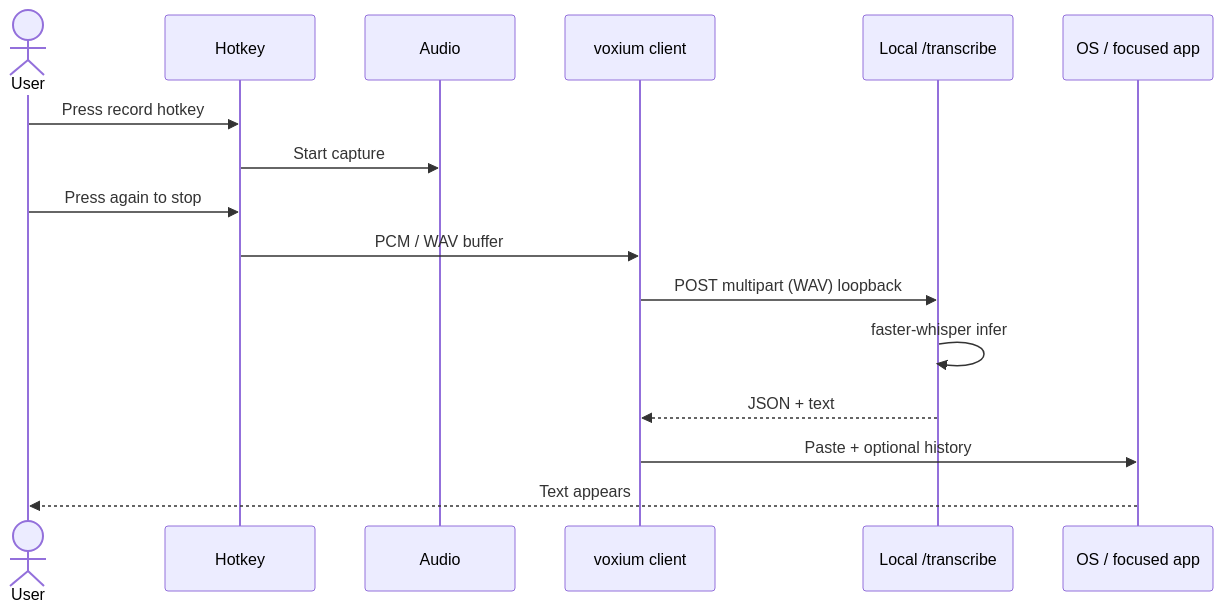
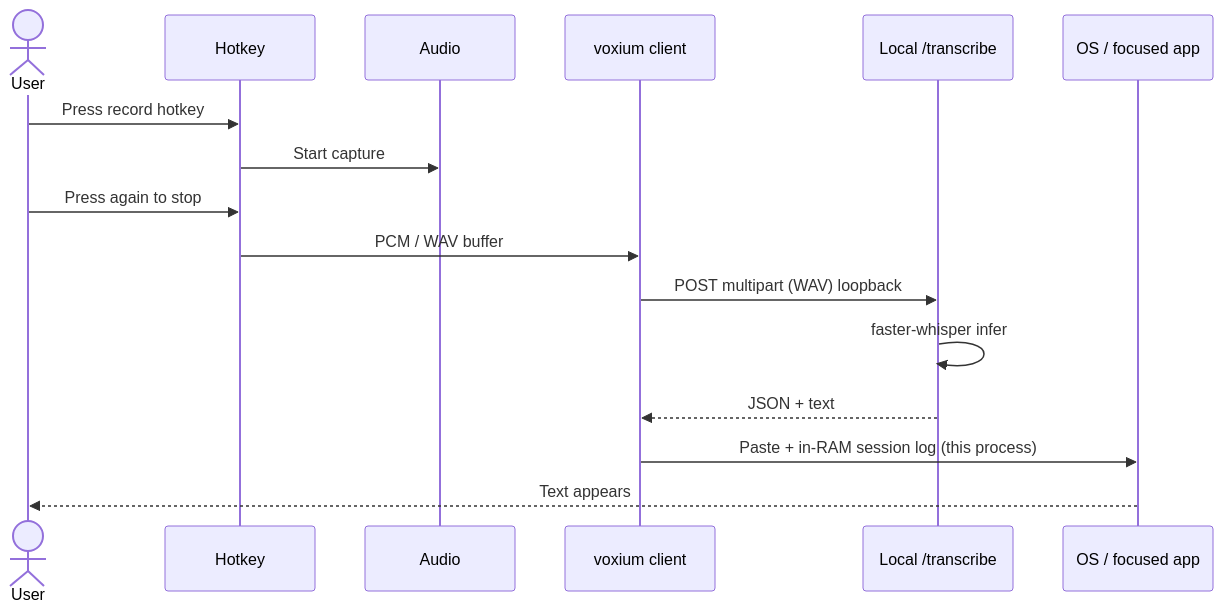
The third of 5 diagrams in docs/architecture.md (chris-piekarski/voxium-ptt), drawn with Mermaid before and after one commit. The commit also changed other lines of this file and 54 other files, not shown here.

````diff
--- a/docs/architecture.md
+++ b/docs/architecture.md
@@ -82,19 +86,19 @@
 ```mermaid
 sequenceDiagram
   actor User
   participant Hotkey
   participant Audio
   participant Client as voxium client
   participant Server as Local /transcribe
   participant OS as OS / focused app
 
   User->>Hotkey: Press record hotkey
   Hotkey->>Audio: Start capture
   User->>Hotkey: Press again to stop
   Hotkey->>Client: PCM / WAV buffer
   Client->>Server: POST multipart (WAV) loopback
   Server->>Server: faster-whisper infer
   Server-->>Client: JSON + text
-  Client->>OS: Paste + optional history
+  Client->>OS: Paste + in-RAM session log (this process)
   OS-->>User: Text appears
 ```
````
